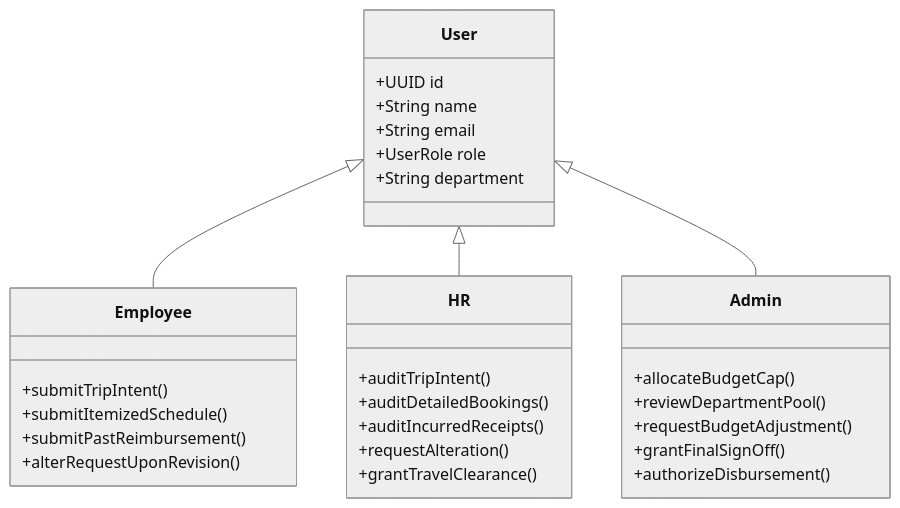
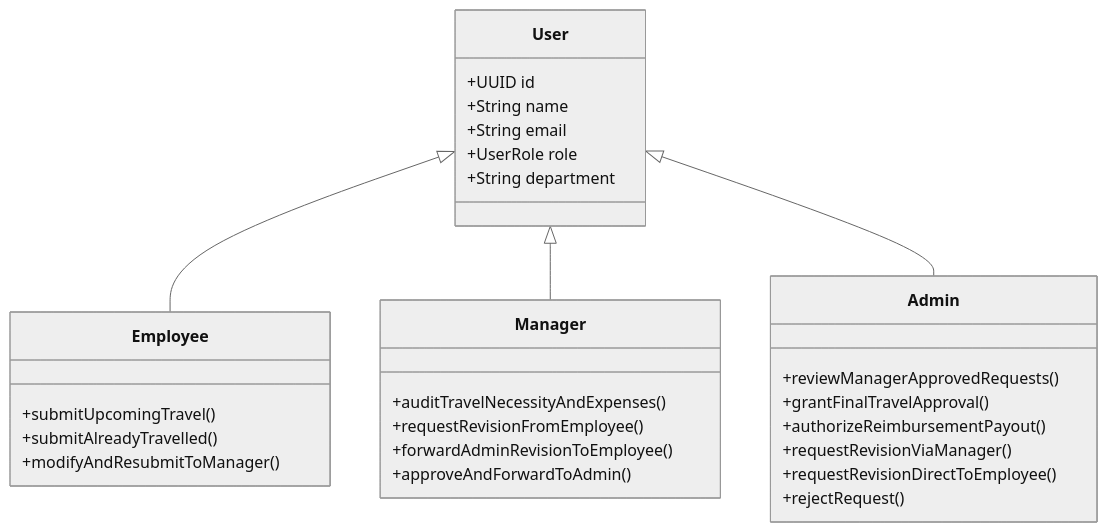
The first of 3 diagrams in docs/superpowers/specs/2026-11-06-tripflow-travel-request-system-design.md (Sudalaimani777/Dashboard), drawn with Mermaid (neutral theme) before and after one commit. The commit also changed other lines of this file and 1 other file, not shown here.

First line of the commit message:
feat(travel): update spec and mockup to Manager workflow and INR currency

````diff
--- a/docs/superpowers/specs/2026-11-06-tripflow-travel-request-system-design.md
+++ b/docs/superpowers/specs/2026-11-06-tripflow-travel-request-system-design.md
@@ -26,33 +28,32 @@
 ```mermaid
 classDiagram
     class User {
         +UUID id
         +String name
         +String email
         +UserRole role
         +String department
     }
     class Employee {
-        +submitTripIntent()
-        +submitItemizedSchedule()
-        +submitPastReimbursement()
-        +alterRequestUponRevision()
+        +submitUpcomingTravel()
+        +submitAlreadyTravelled()
+        +modifyAndResubmitToManager()
     }
-    class HR {
-        +auditTripIntent()
-        +auditDetailedBookings()
-        +auditIncurredReceipts()
-        +requestAlteration()
-        +grantTravelClearance()
+    class Manager {
+        +auditTravelNecessityAndExpenses()
+        +requestRevisionFromEmployee()
+        +forwardAdminRevisionToEmployee()
+        +approveAndForwardToAdmin()
     }
     class Admin {
-        +allocateBudgetCap()
-        +reviewDepartmentPool()
-        +requestBudgetAdjustment()
-        +grantFinalSignOff()
-        +authorizeDisbursement()
+        +reviewManagerApprovedRequests()
+        +grantFinalTravelApproval()
+        +authorizeReimbursementPayout()
+        +requestRevisionViaManager()
+        +requestRevisionDirectToEmployee()
+        +rejectRequest()
     }
     User <|-- Employee
-    User <|-- HR
+    User <|-- Manager
     User <|-- Admin
 ```
````
